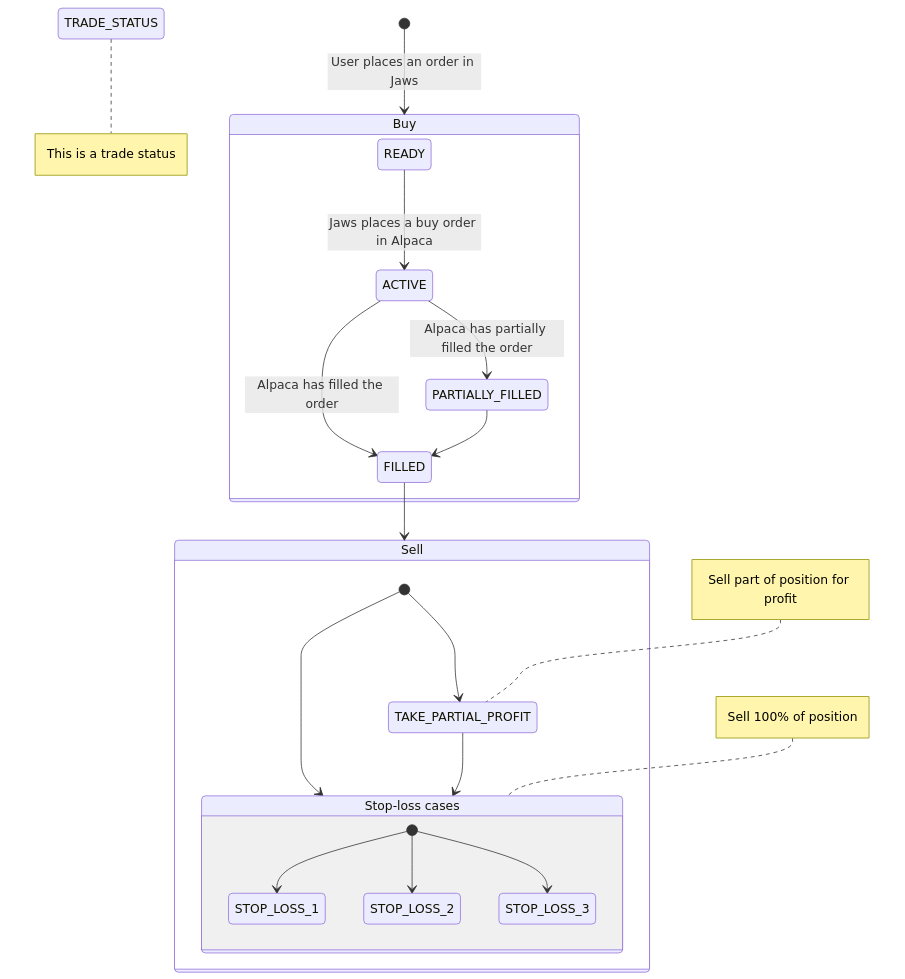
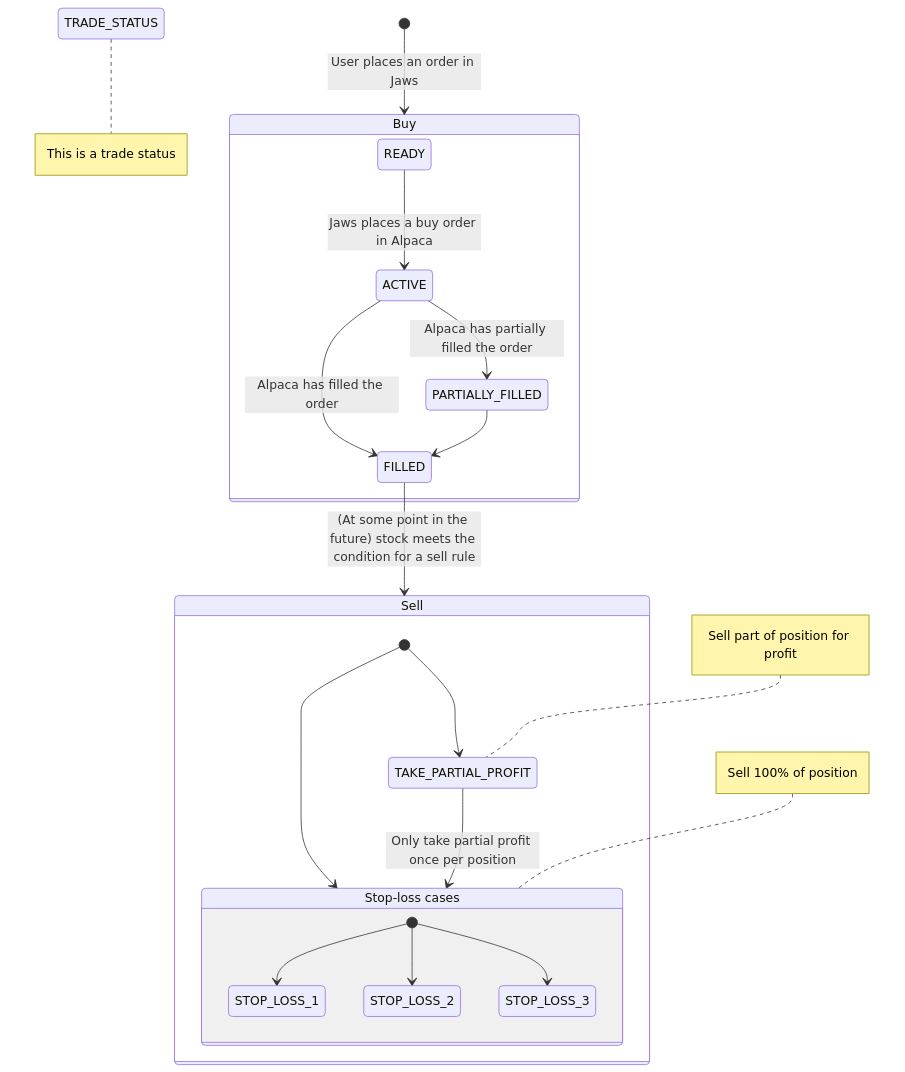
One commit to hejare/jaws changed the diagram in docs/trading-logic.md. Above: the diagram before and after it, drawn with Mermaid. The commit also changed other lines of this file, not shown here.

````diff
--- a/docs/trading-logic.md
+++ b/docs/trading-logic.md
@@ -5,42 +23,41 @@
 ```mermaid
 stateDiagram-v2
 
     TRADE_STATUS
     note right of TRADE_STATUS
         This is a trade status
     end note
 
     [*] --> Buy : User places an order in Jaws
 
     state Buy {
-
         READY --> ACTIVE : Jaws places a buy order in Alpaca
 
         ACTIVE --> FILLED : Alpaca has filled the order
         ACTIVE --> PARTIALLY_FILLED : Alpaca has partially filled the order
 
         PARTIALLY_FILLED --> FILLED
     }
 
-    FILLED --> Sell
+    FILLED --> Sell : (At some point in the future) stock meets the condition for a sell rule
 
     state Sell {
         [*] --> TAKE_PARTIAL_PROFIT
         [*] --> StopLoss
 
         note left of TAKE_PARTIAL_PROFIT
             Sell part of position for profit
         end note
-        TAKE_PARTIAL_PROFIT --> StopLoss
+        TAKE_PARTIAL_PROFIT --> StopLoss : Only take partial profit once per position
 
         note left of StopLoss
             Sell 100% of position
         end note
         StopLoss: Stop-loss cases
         state StopLoss {
             [*] --> STOP_LOSS_1
             [*] --> STOP_LOSS_2
             [*] --> STOP_LOSS_3
         }
     }
 ```
````
